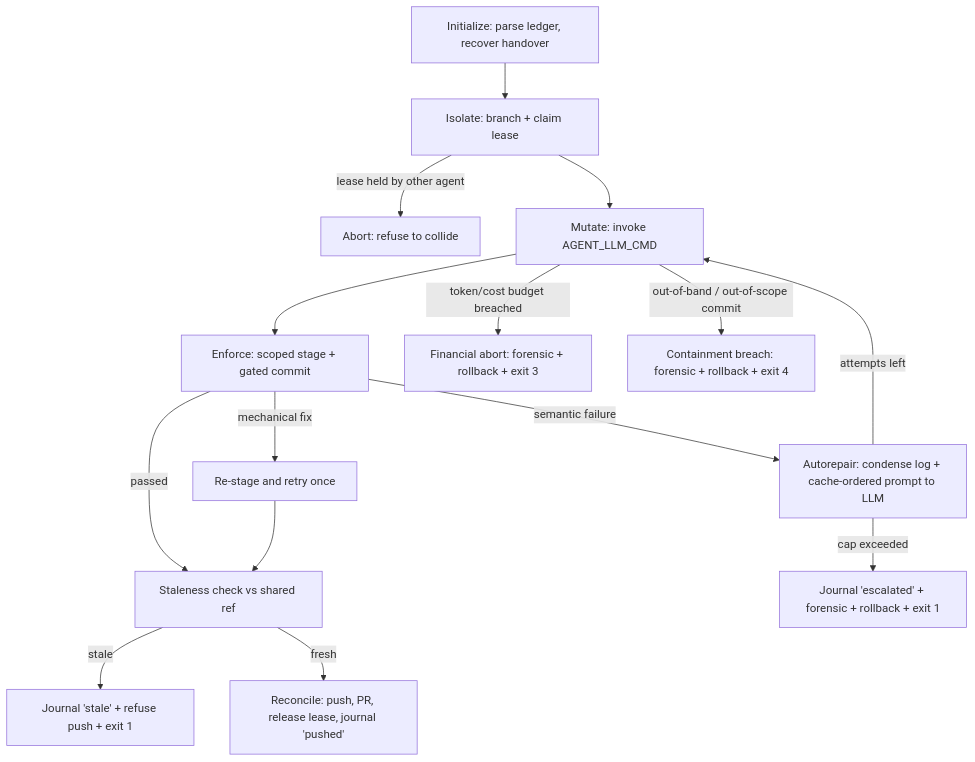
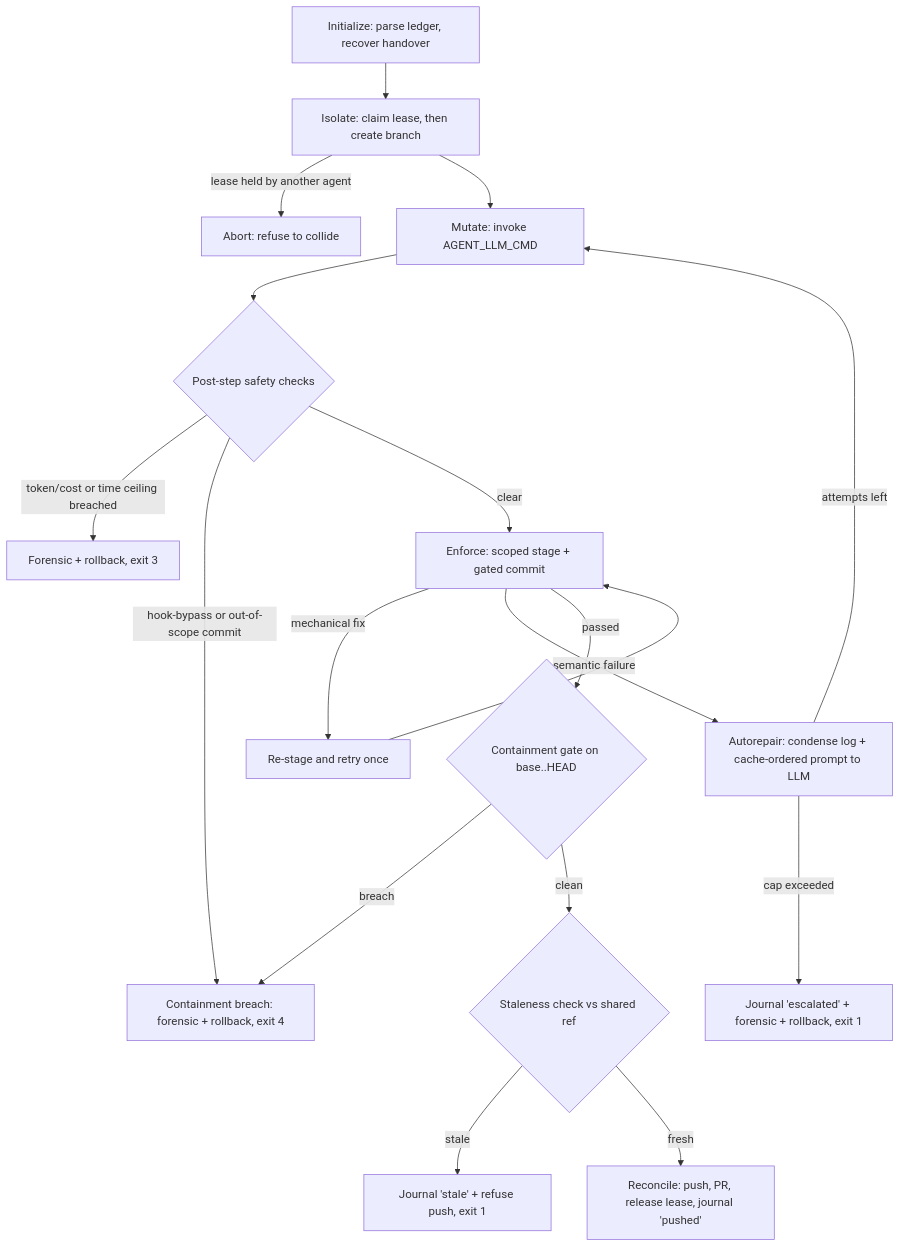
The diagram in README.md (yuvhaim-gif/dev_harness), drawn with Mermaid before and after one commit. The commit also changed other lines of this file and 1 other file, not shown here.

Commit message:
docs: correct five-state loop diagram and clarify overview in harness README

````diff
--- a/README.md
+++ b/README.md
@@ -78,17 +81,19 @@
 ```mermaid
 flowchart TD
-    A[Initialize: parse ledger, recover handover] --> B[Isolate: branch + claim lease]
-    B -->|lease held by other agent| R0[Abort: refuse to collide]
+    A[Initialize: parse ledger, recover handover] --> B[Isolate: claim lease, then create branch]
+    B -->|lease held by another agent| R0[Abort: refuse to collide]
     B --> C[Mutate: invoke AGENT_LLM_CMD]
-    C --> D[Enforce: scoped stage + gated commit]
-    C -->|token/cost budget breached| B0[Financial abort: forensic + rollback + exit 3]
-    C -->|out-of-band / out-of-scope commit| CB[Containment breach: forensic + rollback + exit 4]
-    D -->|passed| S[Staleness check vs shared ref]
-    D -->|mechanical fix| C2[Re-stage and retry once]
-    C2 --> S
+    C --> G{Post-step safety checks}
+    G -->|token/cost or time ceiling breached| X3[Forensic + rollback, exit 3]
+    G -->|hook-bypass or out-of-scope commit| X4[Containment breach: forensic + rollback, exit 4]
+    G -->|clear| D[Enforce: scoped stage + gated commit]
+    D -->|mechanical fix| C2[Re-stage and retry once] --> D
     D -->|semantic failure| E[Autorepair: condense log + cache-ordered prompt to LLM]
     E -->|attempts left| C
-    E -->|cap exceeded| R[Journal 'escalated' + forensic + rollback + exit 1]
-    S -->|stale| R2[Journal 'stale' + refuse push + exit 1]
+    E -->|cap exceeded| R1[Journal 'escalated' + forensic + rollback, exit 1]
+    D -->|passed| P{Containment gate on base..HEAD}
+    P -->|breach| X4
+    P -->|clean| S{Staleness check vs shared ref}
+    S -->|stale| R2[Journal 'stale' + refuse push, exit 1]
     S -->|fresh| F[Reconcile: push, PR, release lease, journal 'pushed']
 ```
````
